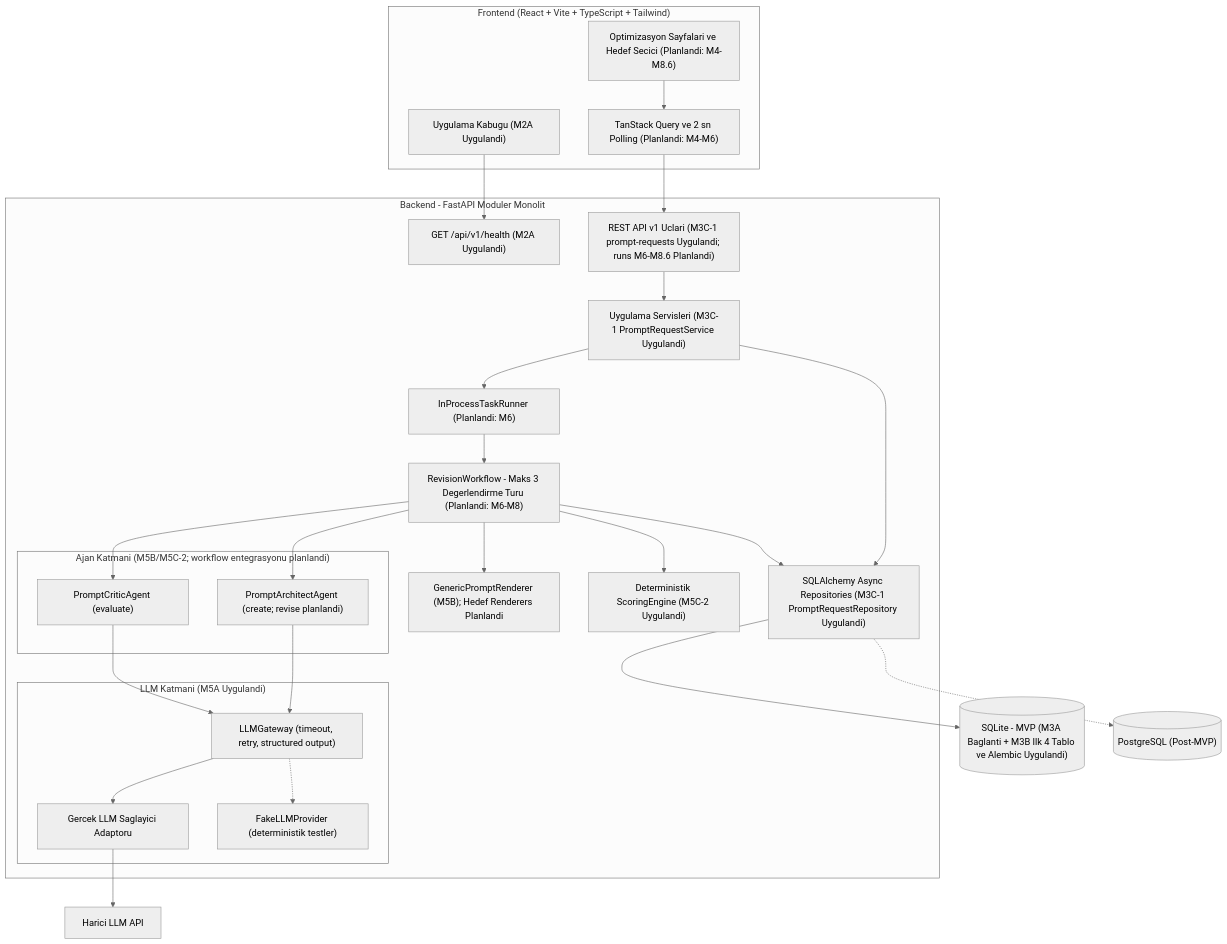
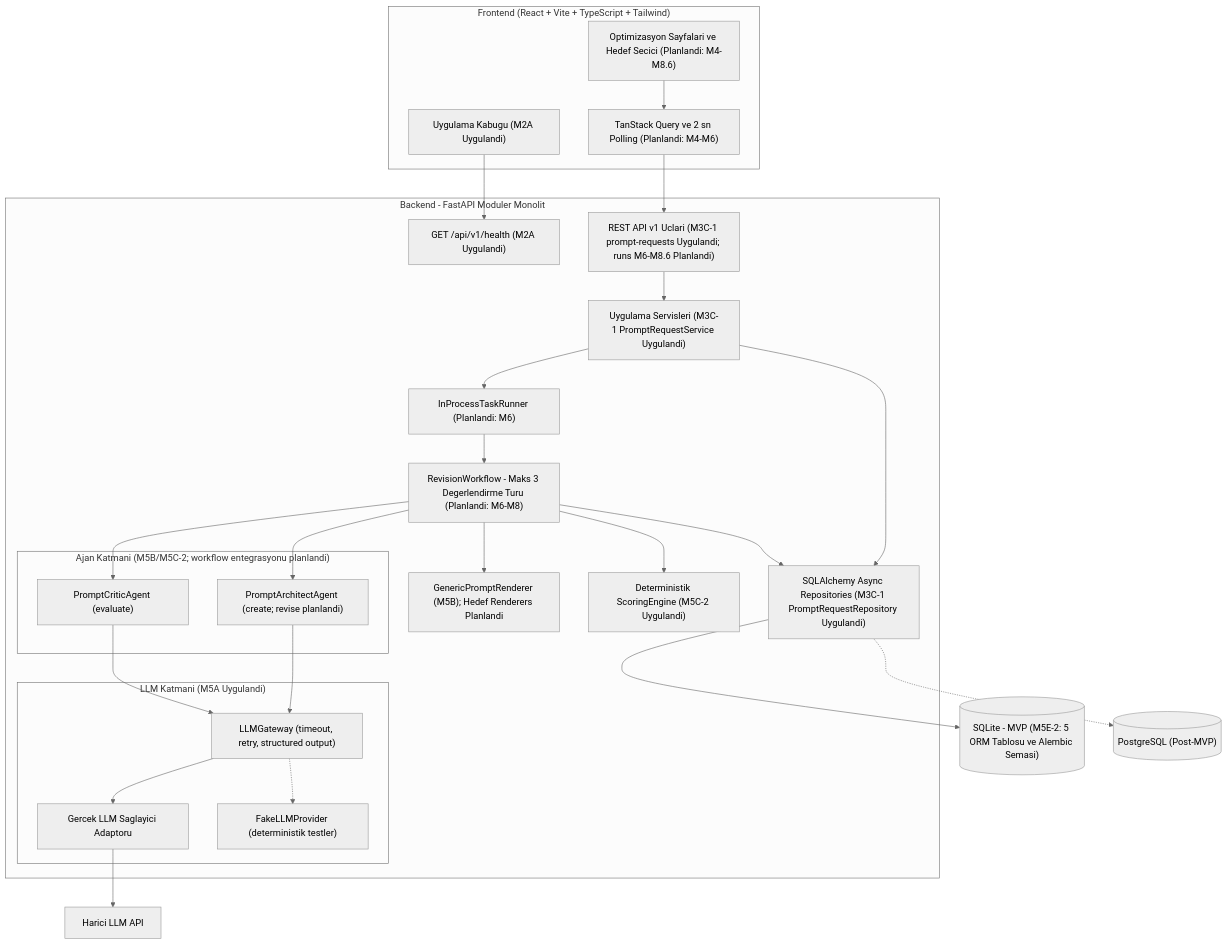
The first of 5 diagrams in docs/architecture.md (sinanturdu/PromptForge-AI), drawn with Mermaid (neutral theme) before and after one commit. The commit also changed other lines of this file and 52 other files, not shown here.

````diff
--- a/docs/architecture.md
+++ b/docs/architecture.md
@@ -82,55 +82,55 @@
 ```mermaid
 flowchart TD
     subgraph FE["Frontend (React + Vite + TypeScript + Tailwind)"]
         UI["Uygulama Kabugu (M2A Uygulandi)"]
         PAGES["Optimizasyon Sayfalari ve Hedef Secici (Planlandi: M4-M8.6)"]
         POLL["TanStack Query ve 2 sn Polling (Planlandi: M4-M6)"]
     end
 
     subgraph BE["Backend - FastAPI Moduler Monolit"]
         HEALTH["GET /api/v1/health (M2A Uygulandi)"]
         API["REST API v1 Uclari (M3C-1 prompt-requests Uygulandi; runs M6-M8.6 Planlandi)"]
         SVC["Uygulama Servisleri (M3C-1 PromptRequestService Uygulandi)"]
         RUNNER["InProcessTaskRunner (Planlandi: M6)"]
         WF["RevisionWorkflow - Maks 3 Degerlendirme Turu (Planlandi: M6-M8)"]
         COMP["GenericPromptRenderer (M5B); Hedef Renderers Planlandi"]
         SCORE["Deterministik ScoringEngine (M5C-2 Uygulandi)"]
 
         subgraph AGENTS["Ajan Katmani (M5B/M5C-2; workflow entegrasyonu planlandi)"]
             PE["PromptArchitectAgent (create; revise planlandi)"]
             PC["PromptCriticAgent (evaluate)"]
         end
 
         subgraph LLMLAYER["LLM Katmani (M5A Uygulandi)"]
             GW["LLMGateway (timeout, retry, structured output)"]
             PROV1["Gercek LLM Saglayici Adaptoru"]
             FAKE["FakeLLMProvider (deterministik testler)"]
         end
 
         REPO["SQLAlchemy Async Repositories (M3C-1 PromptRequestRepository Uygulandi)"]
     end
 
-    DB[("SQLite - MVP (M3A Baglanti + M3B Ilk 4 Tablo ve Alembic Uygulandi)")]
+    DB[("SQLite - MVP (M5E-2: 5 ORM Tablosu ve Alembic Semasi)")]
     PG[("PostgreSQL (Post-MVP)")]
     EXT["Harici LLM API"]
 
     UI --> HEALTH
     PAGES --> POLL
     POLL --> API
     API --> SVC
     SVC --> REPO
     SVC --> RUNNER
     RUNNER --> WF
     WF --> PE
     WF --> COMP
     WF --> PC
     WF --> SCORE
     WF --> REPO
     PE --> GW
     PC --> GW
     GW --> PROV1
     GW -.-> FAKE
     PROV1 --> EXT
     REPO --> DB
     REPO -.-> PG
 ```
````
